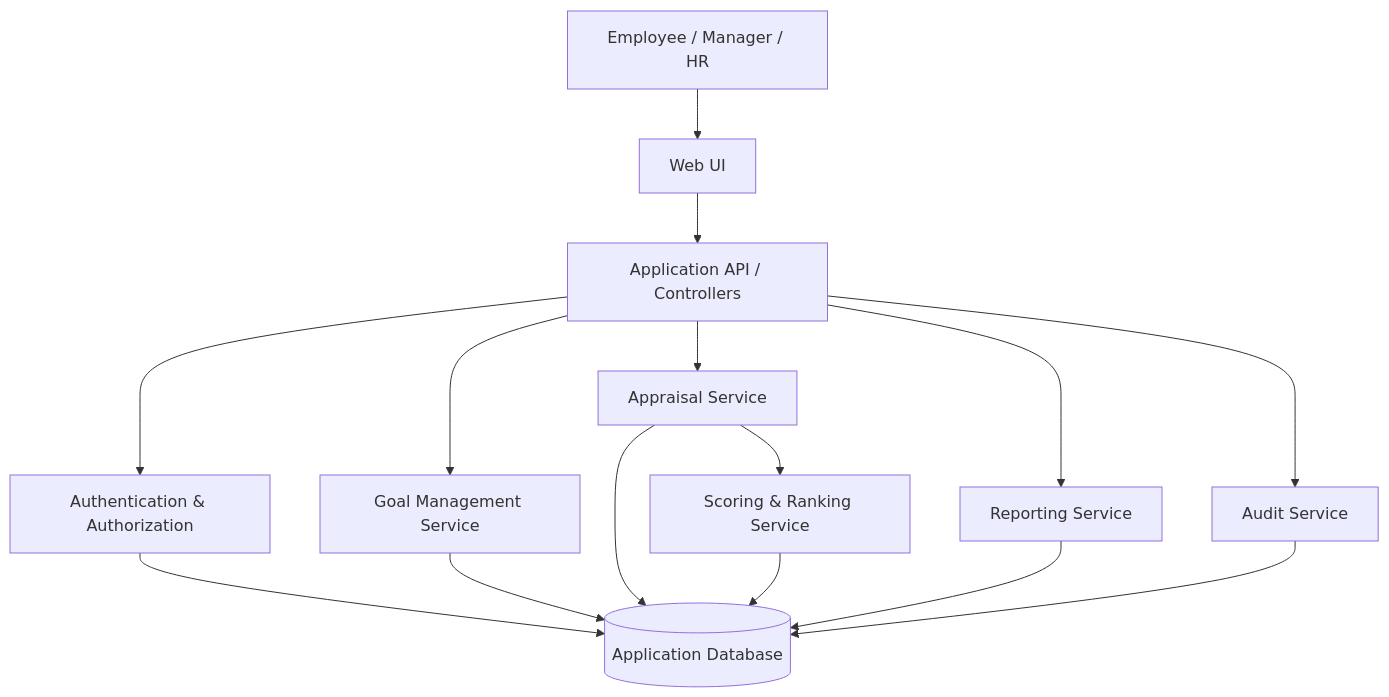
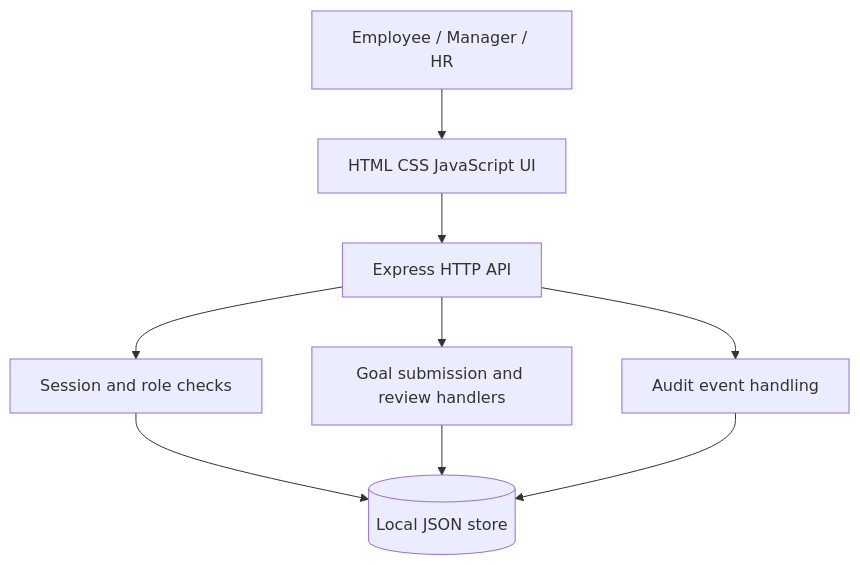
One commit to GSAIHEMANTH279/Automated-performance-appraisal-system changed the first of 3 diagrams in SRS_SAD_TestPlan/SAD.md. Above: the diagram before and after it, drawn with Mermaid. The commit also changed other lines of this file, not shown here.

````diff
--- a/SRS_SAD_TestPlan/SAD.md
+++ b/SRS_SAD_TestPlan/SAD.md
@@ -43,17 +57,11 @@
 ```mermaid
 flowchart TD
-    U[Employee / Manager / HR] --> UI[Web UI]
-    UI --> API[Application API / Controllers]
-    API --> AUTH[Authentication & Authorization]
-    API --> GOAL[Goal Management Service]
-    API --> APP[Appraisal Service]
-    APP --> SCORE[Scoring & Ranking Service]
-    API --> REPORT[Reporting Service]
-    API --> AUDIT[Audit Service]
-    AUTH --> DB[(Application Database)]
-    GOAL --> DB
-    APP --> DB
-    SCORE --> DB
-    REPORT --> DB
-    AUDIT --> DB
+  User[Employee / Manager / HR] --> Browser[HTML CSS JavaScript UI]
+  Browser --> Express[Express HTTP API]
+  Express --> Auth[Session and role checks]
+  Express --> Goal[Goal submission and review handlers]
+  Express --> Audit[Audit event handling]
+  Auth --> Store[(Local JSON store)]
+  Goal --> Store
+  Audit --> Store
 ```
````
